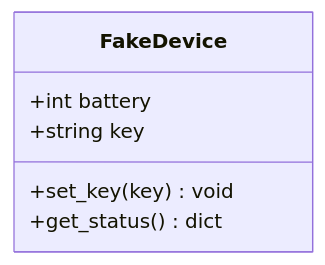
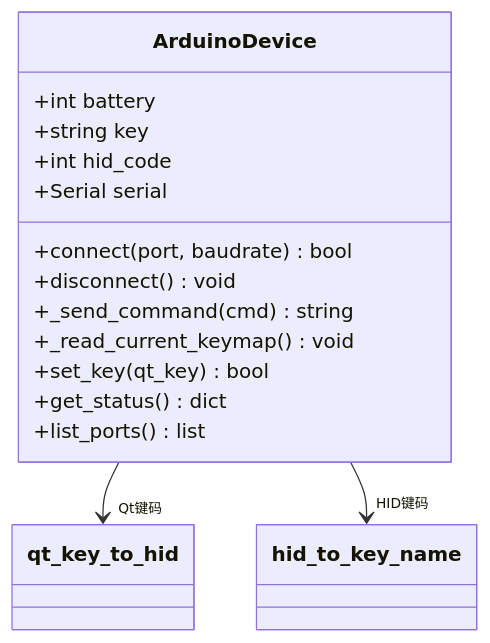
One commit to Hankun-P/wireless-keyboard-toy changed the third of 6 diagrams in .qoder/repowiki/zh/content/桌面应用架构/核心业务逻辑.md. Above: the diagram before and after it, drawn with Mermaid. The commit also changed other lines of this file and 11 other files, not shown here.

````diff
--- a/.qoder/repowiki/zh/content/桌面应用架构/核心业务逻辑.md
+++ b/.qoder/repowiki/zh/content/桌面应用架构/核心业务逻辑.md
@@ -143,9 +182,18 @@
 ```mermaid
 classDiagram
-class FakeDevice {
+class ArduinoDevice {
 +int battery
 +string key
-+set_key(key) void
++int hid_code
++Serial serial
++connect(port, baudrate) bool
++disconnect() void
++_send_command(cmd) string
++_read_current_keymap() void
++set_key(qt_key) bool
 +get_status() dict
++list_ports() list
 }
+ArduinoDevice --> "Qt键码" qt_key_to_hid
+ArduinoDevice --> "HID键码" hid_to_key_name
 ```
````
